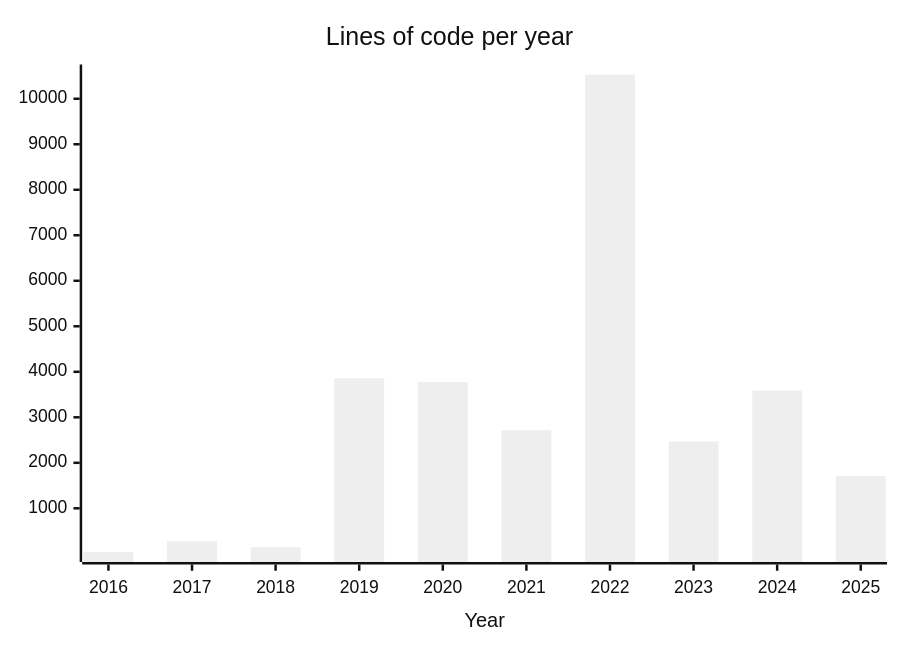
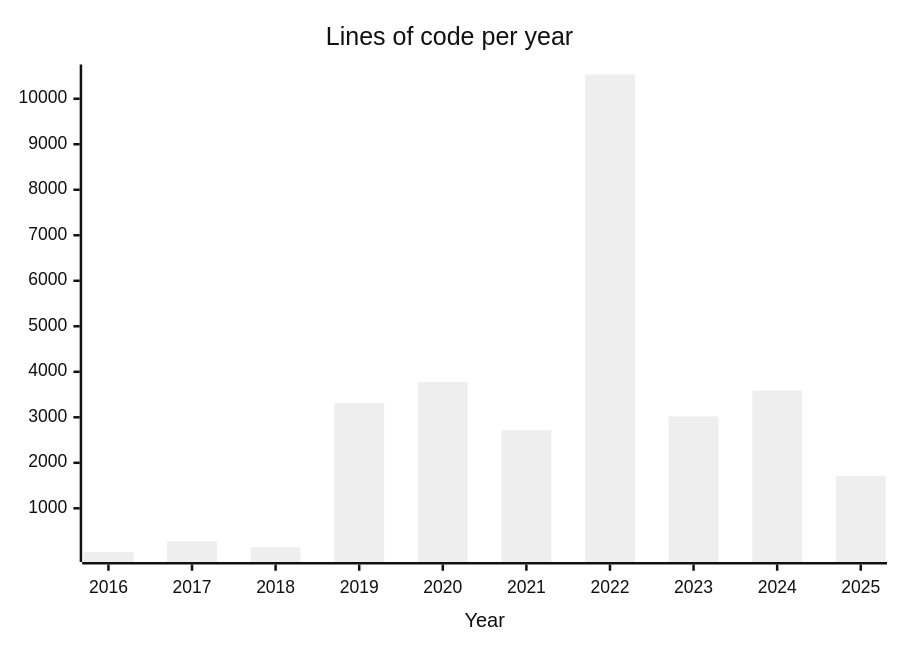
One commit to engdan77/engdan77 changed the diagram in README.md. Above: the diagram before and after it, drawn with Mermaid (neutral theme). The commit also changed other lines of this file, not shown here.

````diff
--- a/README.md
+++ b/README.md
@@ -24,6 +24,6 @@
 ```mermaid
 xychart-beta
       title "Lines of code per year"
       x-axis "Year" [2016, 2017, 2018, 2019, 2020, 2021, 2022, 2023, 2024, 2025]
-      bar "engdan77" [40, 276, 145, 3857, 3776, 2717, 10533, 2469, 3587, 1707]
+      bar "engdan77" [40, 276, 145, 3312, 3776, 2717, 10533, 3021, 3587, 1707]
 ```
````
